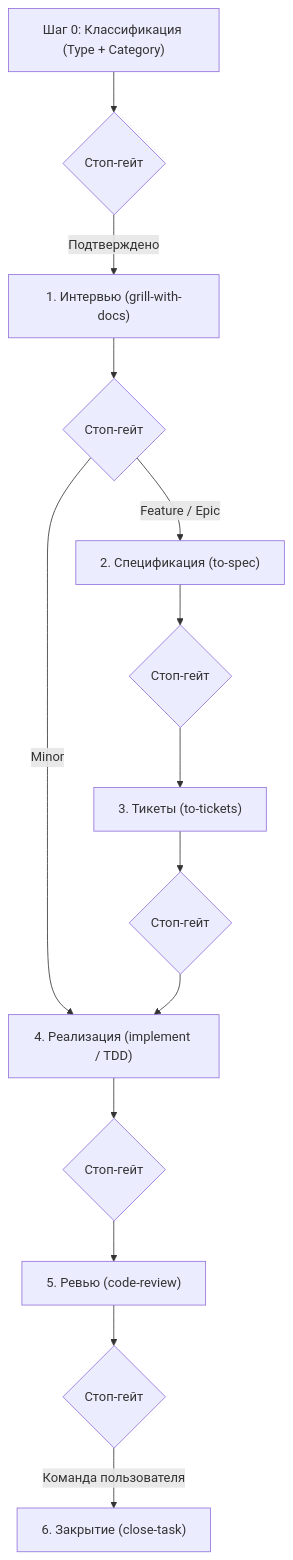
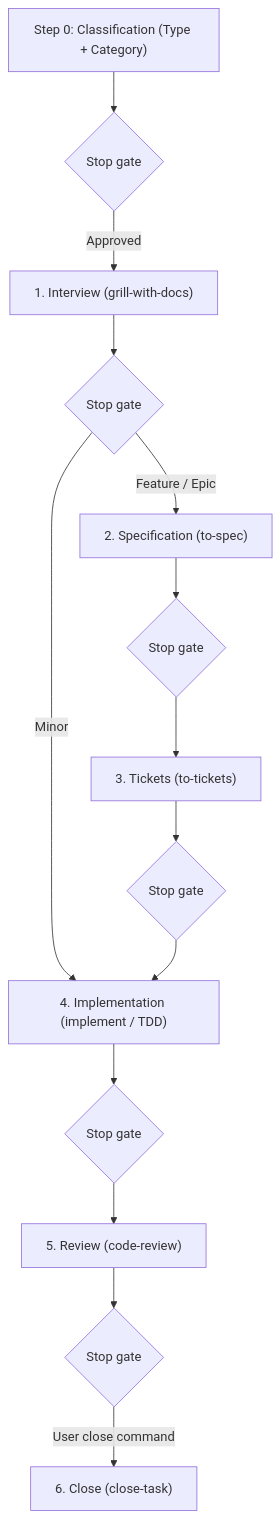
Before and after one commit to cannoneer85-svg/StrataHarness: the diagram in README.md, drawn with Mermaid. The commit also changed other lines of this file and 36 other files, not shown here.

````diff
--- a/README.md
+++ b/README.md
@@ -66,16 +69,16 @@
 ```mermaid
 flowchart TD
-    Step0["Шаг 0: Классификация (Type + Category)"] --> SG0{"Стоп-гейт"}
-    SG0 -->|"Подтверждено"| Stage1["1. Интервью (grill-with-docs)"]
-    Stage1 --> SG1{"Стоп-гейт"}
-    SG1 -->|"Minor"| Stage4["4. Реализация (implement / TDD)"]
-    SG1 -->|"Feature / Epic"| Stage2["2. Спецификация (to-spec)"]
-    Stage2 --> SG2{"Стоп-гейт"}
-    SG2 --> Stage3["3. Тикеты (to-tickets)"]
-    Stage3 --> SG3{"Стоп-гейт"}
+    Step0["Step 0: Classification (Type + Category)"] --> SG0{"Stop gate"}
+    SG0 -->|"Approved"| Stage1["1. Interview (grill-with-docs)"]
+    Stage1 --> SG1{"Stop gate"}
+    SG1 -->|"Minor"| Stage4["4. Implementation (implement / TDD)"]
+    SG1 -->|"Feature / Epic"| Stage2["2. Specification (to-spec)"]
+    Stage2 --> SG2{"Stop gate"}
+    SG2 --> Stage3["3. Tickets (to-tickets)"]
+    Stage3 --> SG3{"Stop gate"}
     SG3 --> Stage4
-    Stage4 --> SG4{"Стоп-гейт"}
-    SG4 --> Stage5["5. Ревью (code-review)"]
-    Stage5 --> SG5{"Стоп-гейт"}
-    SG5 -->|"Команда пользователя"| Stage6["6. Закрытие (close-task)"]
+    Stage4 --> SG4{"Stop gate"}
+    SG4 --> Stage5["5. Review (code-review)"]
+    Stage5 --> SG5{"Stop gate"}
+    SG5 -->|"User close command"| Stage6["6. Close (close-task)"]
 ```
````
